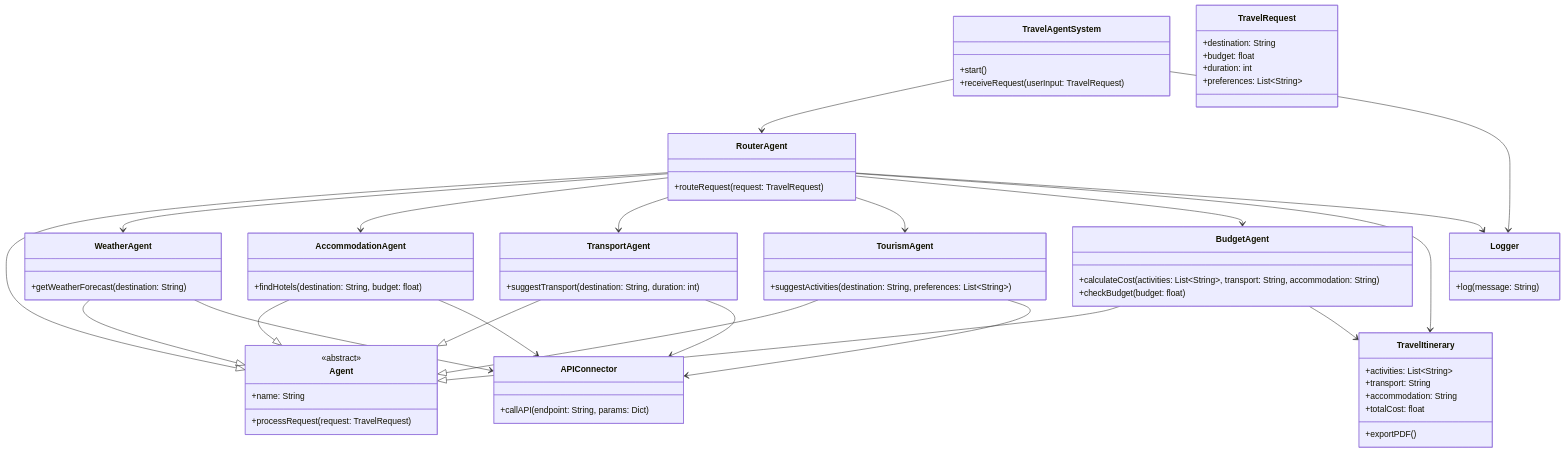
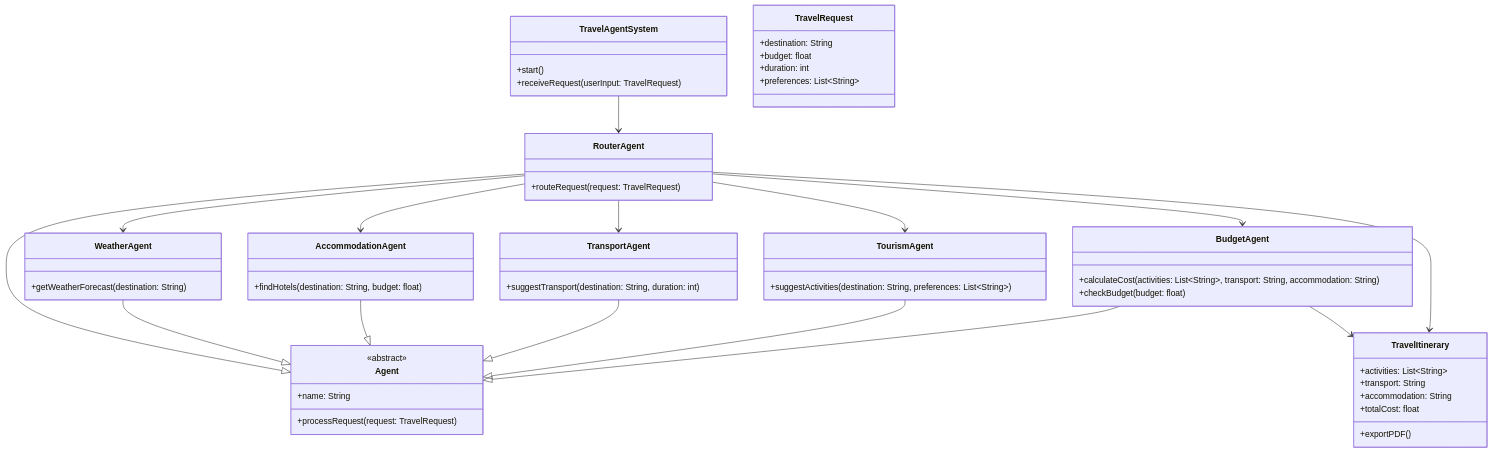
The diagram in README.md (vgguerra/Travel-Agent), drawn with Mermaid before and after one commit. The commit also changed 18 other files, not shown here.

Commit message:
WeatherAgent OK

````diff
--- a/README.md
+++ b/README.md
@@ -57,15 +57,6 @@
         +exportPDF()
     }
 
-    %% Classes auxiliares
-    class APIConnector {
-        +callAPI(endpoint: String, params: Dict)
-    }
-
-    class Logger {
-        +log(message: String)
-    }
-
     %% Herança
     WeatherAgent --|> Agent
     AccommodationAgent --|> Agent
@@ -83,12 +74,5 @@
     RouterAgent --> BudgetAgent
     BudgetAgent --> TravelItinerary
     RouterAgent --> TravelItinerary
-    WeatherAgent --> APIConnector
-    AccommodationAgent --> APIConnector
-    TransportAgent --> APIConnector
-    TourismAgent --> APIConnector
-    RouterAgent --> Logger
-    TravelAgentSystem --> Logger
-
 
 ```
````
